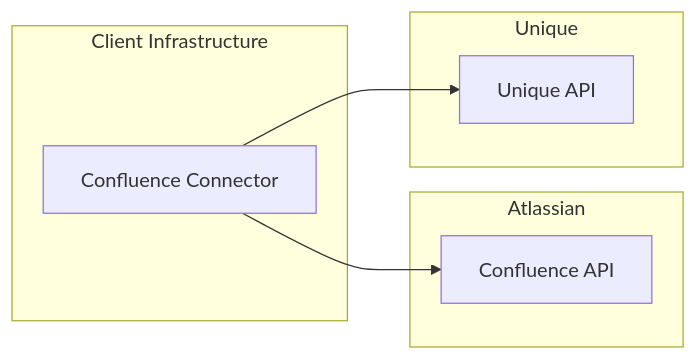
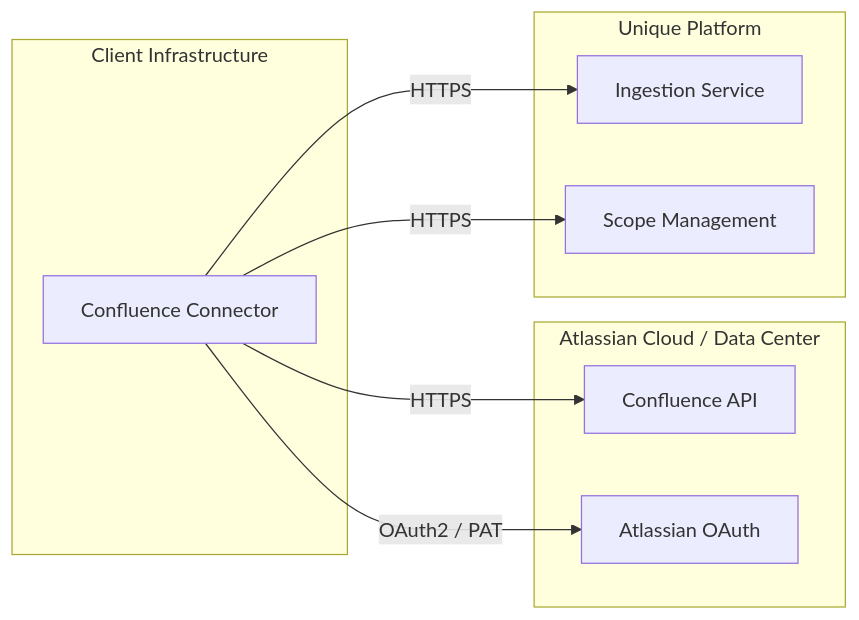
Before and after one commit to Unique-AG/connectors: the third of 3 diagrams in services/confluence-connector/docs/technical/architecture.md, drawn with Mermaid. The commit also changed other lines of this file, not shown here.

Commit message:
refact: architecture.md

````diff
--- a/services/confluence-connector/docs/technical/architecture.md
+++ b/services/confluence-connector/docs/technical/architecture.md
@@ -168,17 +170,21 @@
 ```mermaid
 flowchart LR
     subgraph Client["Client Infrastructure"]
         Connector["Confluence Connector"]
     end
 
-    subgraph Atlassian["Atlassian"]
-        ConfAPI["Confluence API"]
+    subgraph Atlassian["Atlassian Cloud / Data Center"]
+        ConfluenceAPI["Confluence API"]
+        AtlassianAuth["Atlassian OAuth"]
     end
 
-    subgraph Unique["Unique"]
-        API["Unique API"]
+    subgraph Unique["Unique Platform"]
+        IngestionSvc["Ingestion Service"]
+        ScopeMgmt["Scope Management"]
     end
 
-    Connector --> ConfAPI
-    Connector --> API
+    Connector -->|"OAuth2 / PAT"| AtlassianAuth
+    Connector -->|"HTTPS"| ConfluenceAPI
+    Connector -->|"HTTPS"| IngestionSvc
+    Connector -->|"HTTPS"| ScopeMgmt
 ```
````
